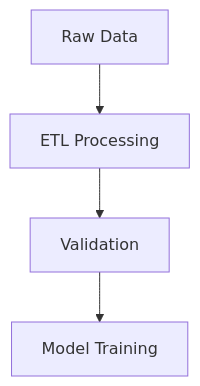
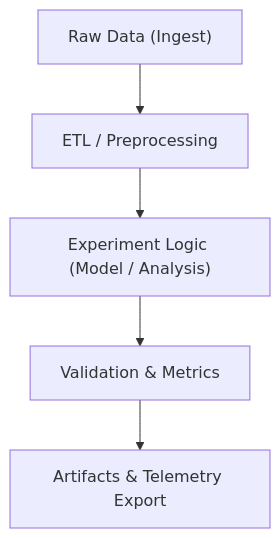
One commit to bartytime4life/Kansas-Frontier-Matrix changed the diagram in docs/templates/experiment.md. Above: the diagram before and after it, drawn with Mermaid. The commit also changed other lines of this file, not shown here.

First line of the commit message:
Upgrade experiment documentation template to v11.2.4

````diff
--- a/docs/templates/experiment.md
+++ b/docs/templates/experiment.md
@@ -139,6 +299,7 @@
-```mermaid
+~~~mermaid
 flowchart TD
-    A["Raw Data"] --> B["ETL Processing"]
-    B["ETL Processing"] --> C["Validation"]
-    C --> D["Model Training"]
-```
+    A["Raw Data (Ingest)"] --> B["ETL / Preprocessing"]
+    B --> C["Experiment Logic (Model / Analysis)"]
+    C --> D["Validation & Metrics"]
+    D --> E["Artifacts & Telemetry Export"]
+~~~
````
